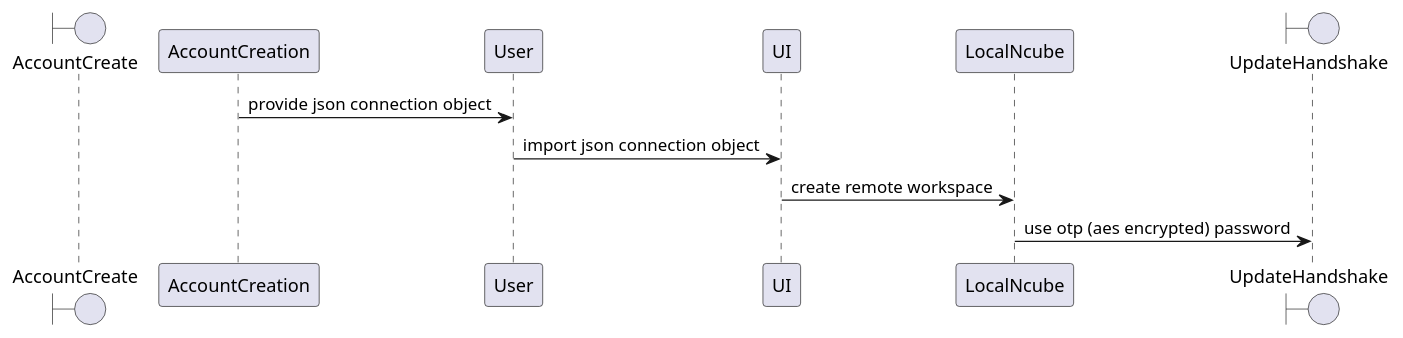
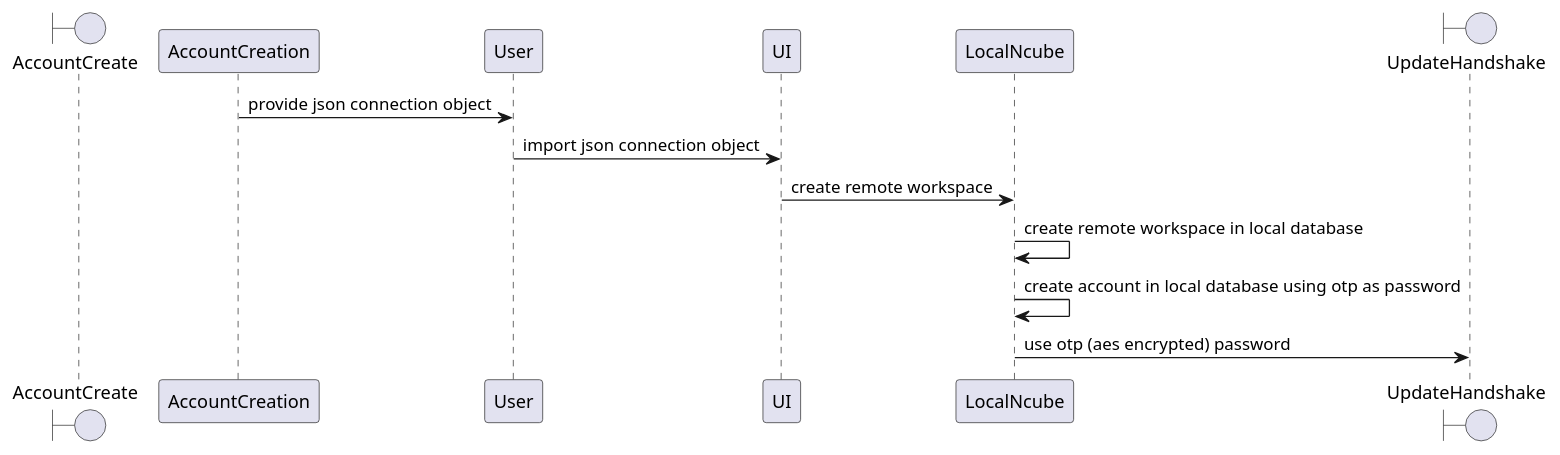
Before and after one commit to critocrito/ncube: the fourth of 7 diagrams in doc/auth-workflow.org, drawn with PlantUML. The commit also changed other lines of this file and 24 other files, not shown here.

```diff
--- a/doc/auth-workflow.org
+++ b/doc/auth-workflow.org
@@ -94,8 +94,10 @@
 #+begin_src plantuml :file diagrams/auth-create.png
   boundary AccountCreate
   AccountCreation -> User: provide json connection object
   User -> UI: import json connection object
   UI -> LocalNcube: create remote workspace
+  LocalNcube -> LocalNcube: create remote workspace in local database
+  LocalNcube -> LocalNcube: create account in local database using otp as password
   boundary UpdateHandshake
   LocalNcube -> UpdateHandshake: use otp (aes encrypted) password
 #+end_src
```
